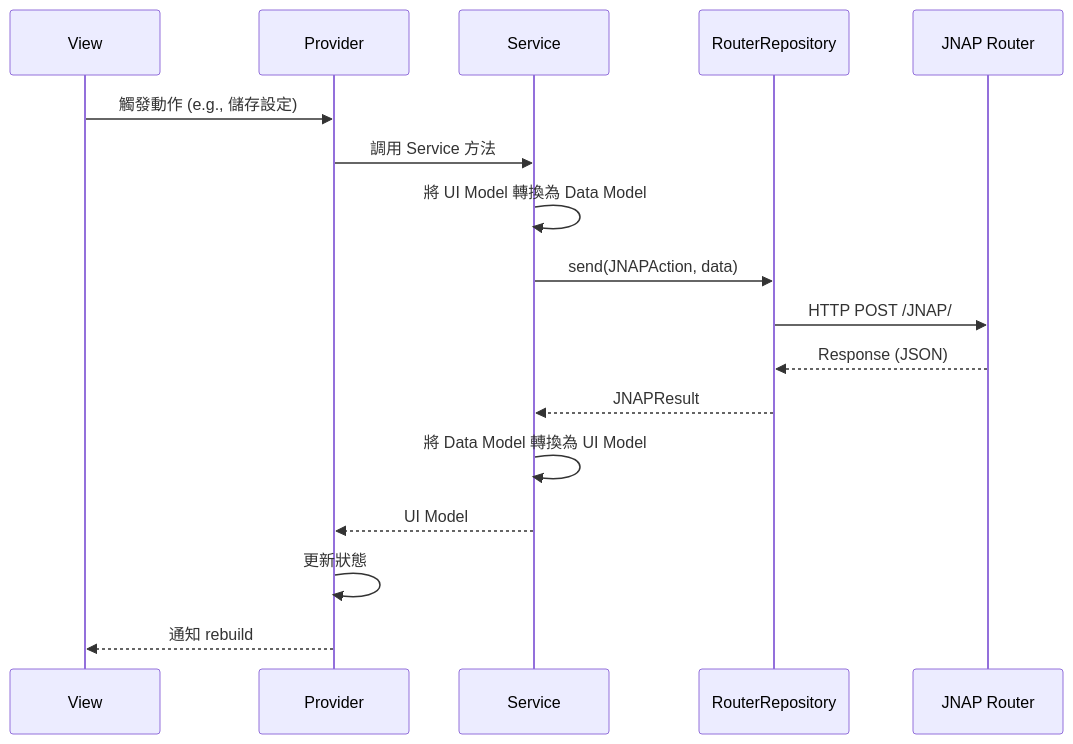
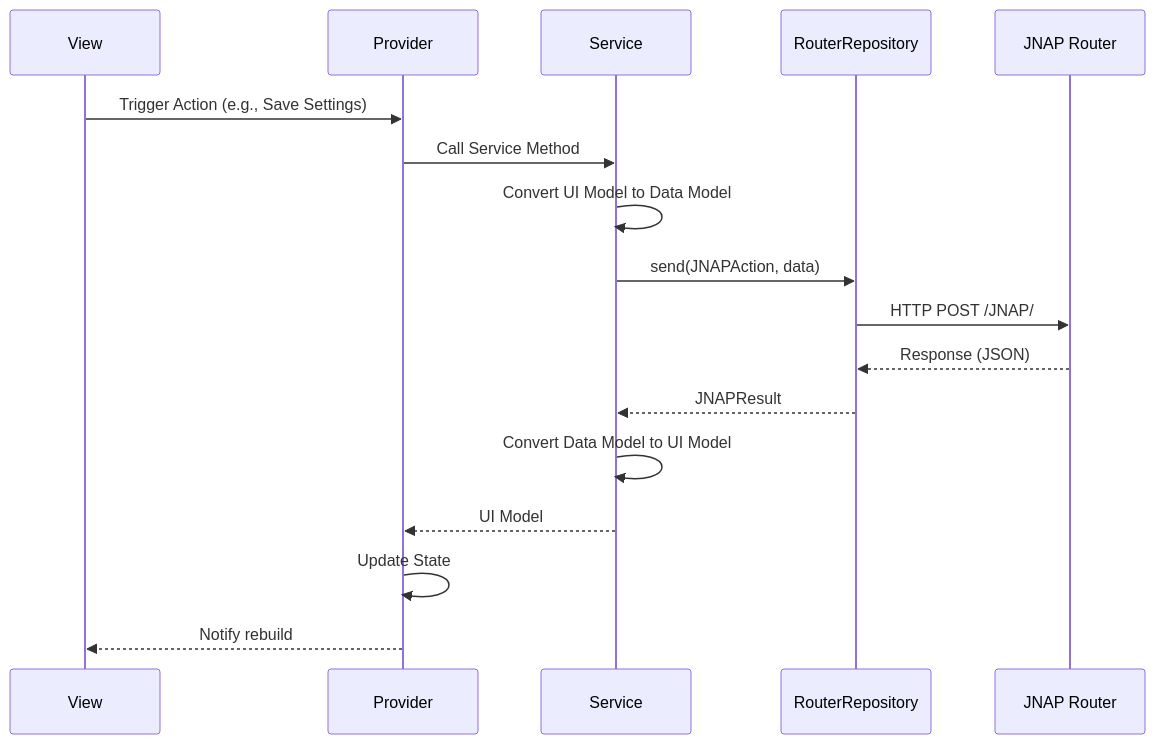
The seventh of 12 diagrams in doc/architecture_analysis_2026-01-16.md (linksys/PrivacyGUI), drawn with Mermaid before and after one commit. The commit also changed other lines of this file and 58 other files, not shown here.

````diff
--- a/doc/architecture_analysis_2026-01-16.md
+++ b/doc/architecture_analysis_2026-01-16.md
@@ -337,20 +337,20 @@
 ```mermaid
 sequenceDiagram
     participant V as View
     participant P as Provider
     participant S as Service
     participant R as RouterRepository
     participant J as JNAP Router
     
-    V->>P: 觸發動作 (e.g., 儲存設定)
-    P->>S: 調用 Service 方法
-    S->>S: 將 UI Model 轉換為 Data Model
+    V->>P: Trigger Action (e.g., Save Settings)
+    P->>S: Call Service Method
+    S->>S: Convert UI Model to Data Model
     S->>R: send(JNAPAction, data)
     R->>J: HTTP POST /JNAP/
     J-->>R: Response (JSON)
     R-->>S: JNAPResult
-    S->>S: 將 Data Model 轉換為 UI Model
+    S->>S: Convert Data Model to UI Model
     S-->>P: UI Model
-    P->>P: 更新狀態
-    P-->>V: 通知 rebuild
+    P->>P: Update State
+    P-->>V: Notify rebuild
 ```
````
